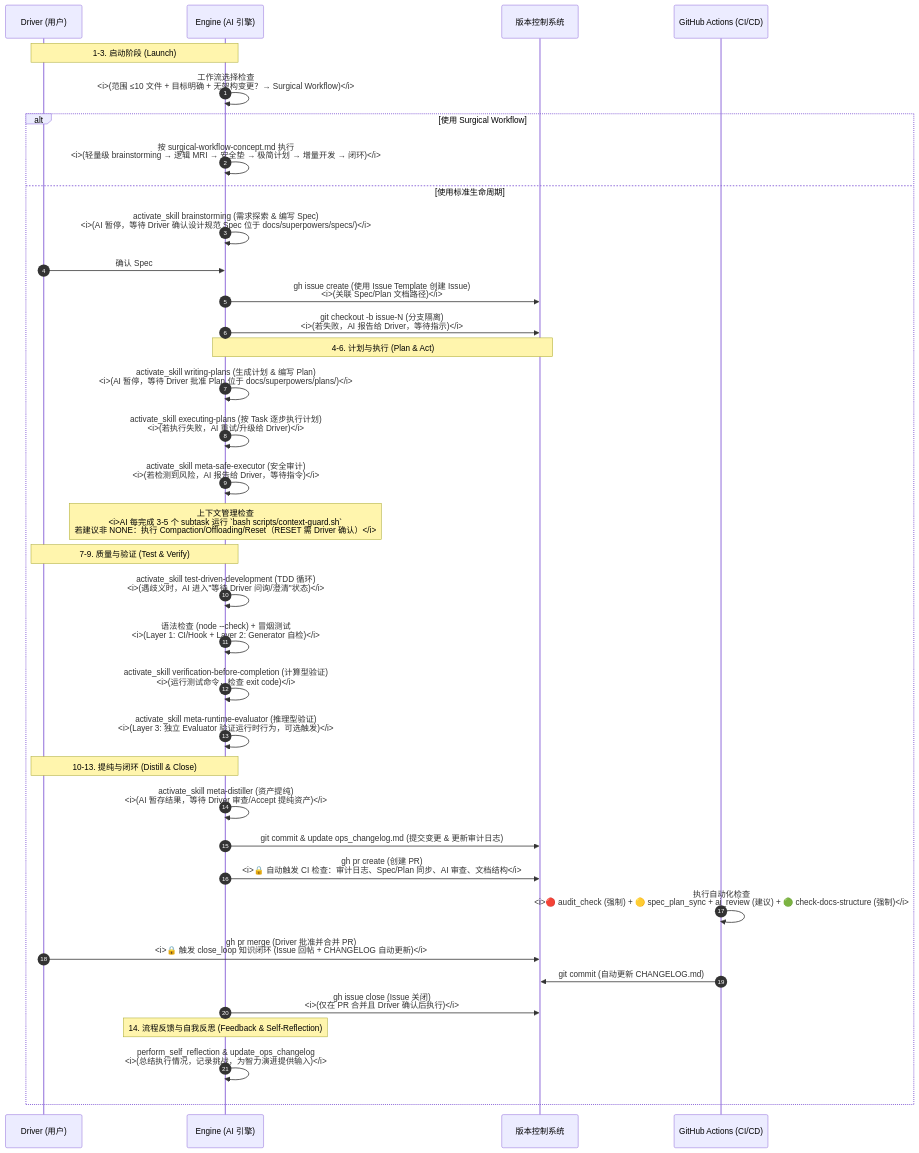
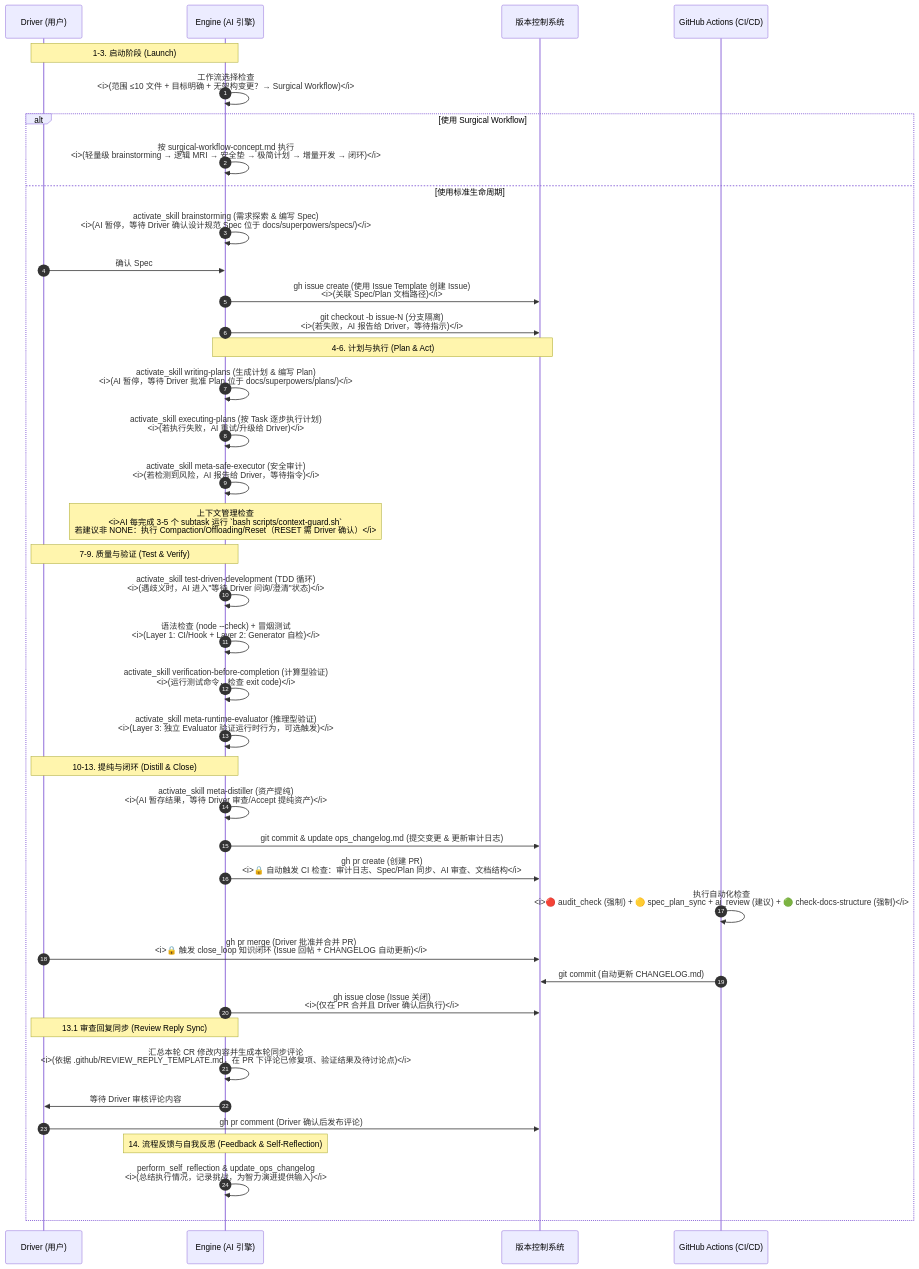
The diagram in docs/superpowers/lifecycle.md (catx1726/AYDrivenDevelopment), drawn with Mermaid before and after one commit. The commit also changed 1 other file, not shown here.

Commit message:
docs(templates): add code review reply template and update lifecycle

````diff
--- a/docs/superpowers/lifecycle.md
+++ b/docs/superpowers/lifecycle.md
@@ -5,43 +5,48 @@
 ```mermaid
 sequenceDiagram
     autonumber
     participant D as Driver (用户)
     participant AI as Engine (AI 引擎)
     participant VCS as 版本控制系统
     participant CI as GitHub Actions (CI/CD)
 
     Note over D, AI: 1-3. 启动阶段 (Launch)
     AI->>AI: 工作流选择检查<br/><i>(范围 ≤10 文件 + 目标明确 + 无架构变更？→ Surgical Workflow)</i>
     alt 使用 Surgical Workflow
         AI->>AI: 按 surgical-workflow-concept.md 执行<br/><i>(轻量级 brainstorming → 逻辑 MRI → 安全垫 → 极简计划 → 增量开发 → 闭环)</i>
     else 使用标准生命周期
         AI->>AI: activate_skill brainstorming (需求探索 & 编写 Spec)<br/><i>(AI 暂停，等待 Driver 确认设计规范 Spec 位于 docs/superpowers/specs/)</i>
         D->>AI: 确认 Spec
         AI->>VCS: gh issue create (使用 Issue Template 创建 Issue)<br/><i>(关联 Spec/Plan 文档路径)</i>
         AI->>VCS: git checkout -b issue-N (分支隔离)<br/><i>(若失败，AI 报告给 Driver，等待指示)</i>
 
         Note over AI, VCS: 4-6. 计划与执行 (Plan & Act)
     AI->>AI: activate_skill writing-plans (生成计划 & 编写 Plan)<br/><i>(AI 暂停，等待 Driver 批准 Plan 位于 docs/superpowers/plans/)</i>
     AI->>AI: activate_skill executing-plans (按 Task 逐步执行计划)<br/><i>(若执行失败，AI 重试/升级给 Driver)</i>
     AI->>AI: activate_skill meta-safe-executor (安全审计)<br/><i>(若检测到风险，AI 报告给 Driver，等待指令)</i>
     Note over AI: 上下文管理检查<br/><i>AI 每完成 3-5 个 subtask 运行 `bash scripts/context-guard.sh`<br/>若建议非 NONE：执行 Compaction/Offloading/Reset（RESET 需 Driver 确认）</i>
 
     Note over AI, D: 7-9. 质量与验证 (Test & Verify)
     AI->>AI: activate_skill test-driven-development (TDD 循环)<br/><i>(遇歧义时，AI 进入"等待 Driver 问询/澄清"状态)</i>
     AI->>AI: 语法检查 (node --check) + 冒烟测试<br/><i>(Layer 1: CI/Hook + Layer 2: Generator 自检)</i>
     AI->>AI: activate_skill verification-before-completion (计算型验证)<br/><i>(运行测试命令，检查 exit code)</i>
     AI->>AI: activate_skill meta-runtime-evaluator (推理型验证)<br/><i>(Layer 3: 独立 Evaluator 验证运行时行为，可选触发)</i>
 
     Note over AI, D: 10-13. 提纯与闭环 (Distill & Close)
     AI->>AI: activate_skill meta-distiller (资产提纯)<br/><i>(AI 暂存结果，等待 Driver 审查/Accept 提纯资产)</i>
     AI->>VCS: git commit & update ops_changelog.md (提交变更 & 更新审计日志)
     AI->>VCS: gh pr create (创建 PR)<br/><i>🔒 自动触发 CI 检查：审计日志、Spec/Plan 同步、AI 审查、文档结构</i>
     CI->>CI: 执行自动化检查<br/><i>🔴 audit_check (强制) + 🟡 spec_plan_sync + ai_review (建议) + 🟢 check-docs-structure (强制)</i>
     D->>VCS: gh pr merge (Driver 批准并合并 PR)<br/><i>🔒 触发 close_loop 知识闭环 (Issue 回帖 + CHANGELOG 自动更新)</i>
     CI->>VCS: git commit (自动更新 CHANGELOG.md)
     AI->>VCS: gh issue close (Issue 关闭)<br/><i>(仅在 PR 合并且 Driver 确认后执行)</i>
 
+    Note over AI, D: 13.1 审查回复同步 (Review Reply Sync)
+    AI->>AI: 汇总本轮 CR 修改内容并生成本轮同步评论<br/><i>(依据 .github/REVIEW_REPLY_TEMPLATE.md，在 PR 下评论已修复项、验证结果及待讨论点)</i>
+    AI->>D: 等待 Driver 审核评论内容
+    D->>VCS: gh pr comment (Driver 确认后发布评论)
+
     Note over AI: 14. 流程反馈与自我反思 (Feedback & Self-Reflection)
     AI->>AI: perform_self_reflection & update_ops_changelog<br/><i>(总结执行情况，记录挑战，为智力演进提供输入)</i>
     end
 ```
````
